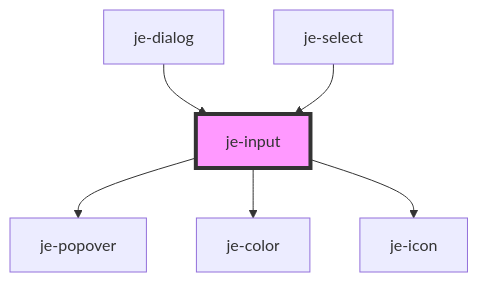
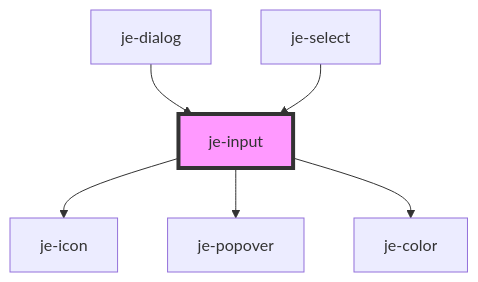
The diagram in packages/docs/docs/components/je-input/readme.md (pgreen00/jebamo), drawn with Mermaid before and after one commit. The commit also changed other lines of this file and 29 other files, not shown here.

````diff
--- a/packages/docs/docs/components/je-input/readme.md
+++ b/packages/docs/docs/components/je-input/readme.md
@@ -117,9 +115,9 @@
 ```mermaid
 graph TD;
+  je-input --> je-icon
   je-input --> je-popover
   je-input --> je-color
-  je-input --> je-icon
   je-dialog --> je-input
   je-select --> je-input
   style je-input fill:#f9f,stroke:#333,stroke-width:4px
 ```
````
